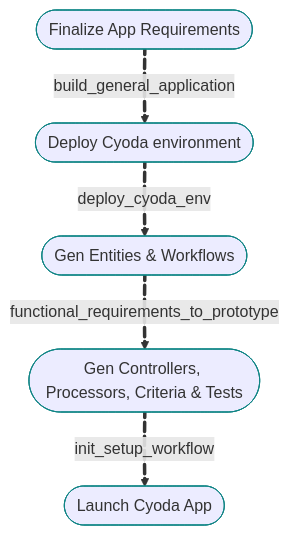
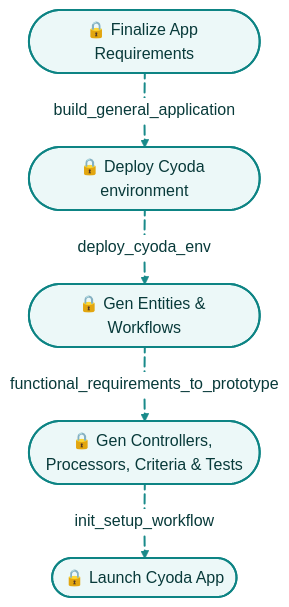
Before and after one commit to Cyoda-platform/ai-assistant: the diagram in workflow_configs/messages/welcome_user_25fc/message.md, drawn with Mermaid. The commit also changed other lines of this file and 24 other files, not shown here.

````diff
--- a/workflow_configs/messages/welcome_user_25fc/message.md
+++ b/workflow_configs/messages/welcome_user_25fc/message.md
@@ -3,14 +3,34 @@
 ```mermaid
+%% Brand theming + polish
+%% - Teal accents (#0D8484)
+%% - Rounded nodes, subtle fill, readable font
+%% - Consistent edge styling
+%% - Emoji icons for quick scanning (optional—remove if you prefer)
+%% You can switch to `graph LR` for horizontal; kept TD per your snippet.
+%%{init: {'theme':'base','themeVariables':{
+  'primaryColor':'#ECF8F8',
+  'primaryTextColor':'#083A3A',
+  'primaryBorderColor':'#0D8484',
+  'lineColor':'#0D8484',
+  'fontFamily':'Inter, Arial, sans-serif',
+  'edgeLabelBackground':'#FFFFFF'
+}}}%%
 graph TD
-    A([Finalize App Requirements]):::bar e1@== build_general_application
-    ==> B([Deploy Cyoda environment]):::bar
-    B e2@== deploy_cyoda_env ==> C([Gen Entities & Workflows]):::bar
-    C e3@== functional_requirements_to_prototype ==> D([Gen Controllers, Processors, Criteria & Tests]):::bar
-    D e4@== init_setup_workflow ==> E([Launch Cyoda App]):::bar
+    %% Nodes
+    A([🔒 Finalize App Requirements]):::bar e1@== build_general_application
+    ==> B([🔒 Deploy Cyoda environment]):::bar
+    B e2@== deploy_cyoda_env ==> C([🔒 Gen Entities & Workflows]):::bar
+    C e3@== functional_requirements_to_prototype ==> D([🔒 Gen Controllers, Processors, Criteria & Tests]):::bar
+    D e4@== init_setup_workflow ==> E([🔒 Launch Cyoda App]):::bar
 
+    %% Animations (your original event markers)
     e1@{ animate: true }
     e2@{ animate: true }
     e3@{ animate: true }
     e4@{ animate: true }
-    classDef bar stroke:#0D8484
-```
+
+    %% Styles
+    classDef bar fill:#ECF8F8,stroke:#0D8484,stroke-width:2px,rx:10,ry:10,color:#083A3A
+    linkStyle default stroke:#0D8484,stroke-width:2px,opacity:0.95
+
+```   
````
